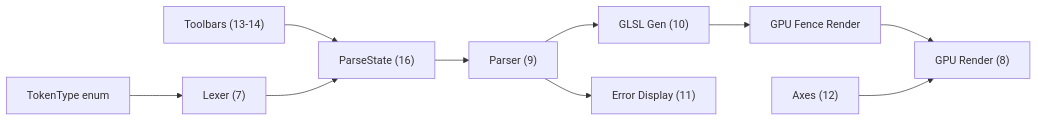
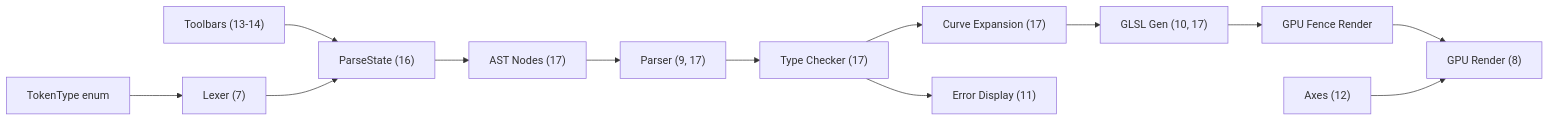
One commit to ThobiasKnudsen/Logos changed the fifth of 6 diagrams in project_plan.md. Above: the diagram before and after it, drawn with Mermaid. The commit also changed other lines of this file and 25 other files, not shown here.

````diff
--- a/project_plan.md
+++ b/project_plan.md
@@ -682,23 +682,29 @@
 ```mermaid
 flowchart LR
     Toolbar["Toolbars (13-14)"]
     TokenType["TokenType enum"]
     Lexer["Lexer (7)"]
     ParseState["ParseState (16)"]
-    Parser["Parser (9)"]
-    GLSL["GLSL Gen (10)"]
+    ASTNodes["AST Nodes (17)"]
+    Parser["Parser (9, 17)"]
+    TypeCheck["Type Checker (17)"]
+    CurveExpand["Curve Expansion (17)"]
+    GLSL["GLSL Gen (10, 17)"]
     GPUFence["GPU Fence Render"]
     Errors["Error Display (11)"]
     Axes["Axes (12)"]
     GPU["GPU Render (8)"]
 
     Toolbar --> ParseState
     TokenType --> Lexer
     Lexer --> ParseState
-    ParseState --> Parser
-    Parser --> GLSL
-    Parser --> Errors
+    ParseState --> ASTNodes
+    ASTNodes --> Parser
+    Parser --> TypeCheck
+    TypeCheck --> CurveExpand
+    TypeCheck --> Errors
+    CurveExpand --> GLSL
     GLSL --> GPUFence
     GPUFence --> GPU
     Axes --> GPU
 ```
````
